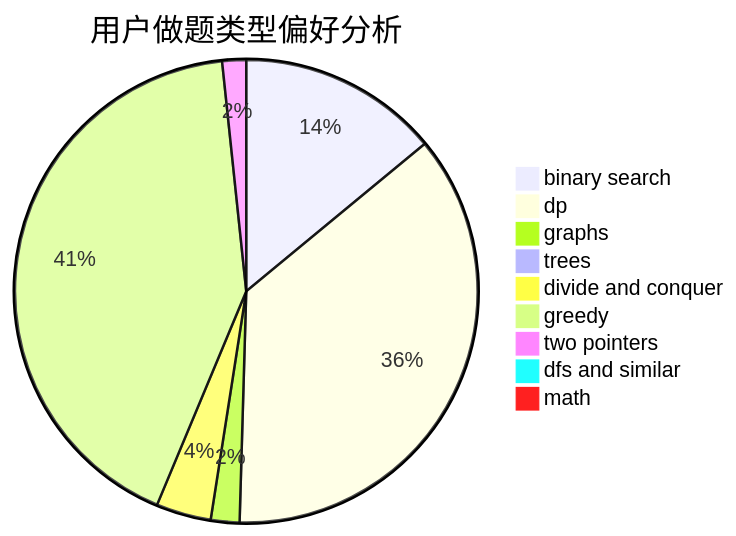
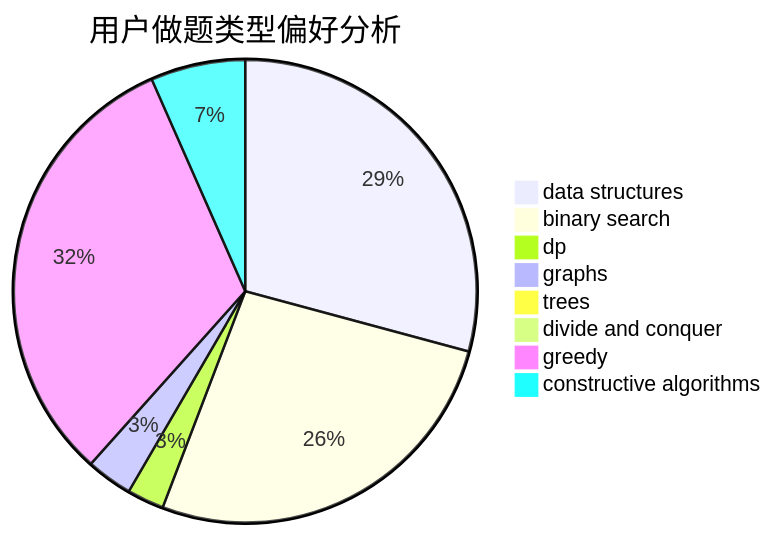
One commit to sherpahu/cfrs.github.io changed the second of 3 diagrams in docs/user/u1574.md. Above: the diagram before and after it, drawn with Mermaid. The commit also changed other lines of this file and 2775 other files, not shown here.

````diff
--- a/docs/user/u1574.md
+++ b/docs/user/u1574.md
@@ -23,12 +23,11 @@
 ```mermaid
 pie title 用户做题类型偏好分析
-    "binary search" :  168
-    "dp" :  437
-    "graphs" :  24
+    "data structures" :  181
+    "binary search" :  165
+    "dp" :  16
+    "graphs" :  20
     "trees" :  0
-    "divide and conquer" :  46
-    "greedy" :  504
-    "two pointers" :  20
-    "dfs and similar" :  9
-    "math" :  9
+    "divide and conquer" :  5
+    "greedy" :  197
+    "constructive algorithms" :  41
 ```
````
